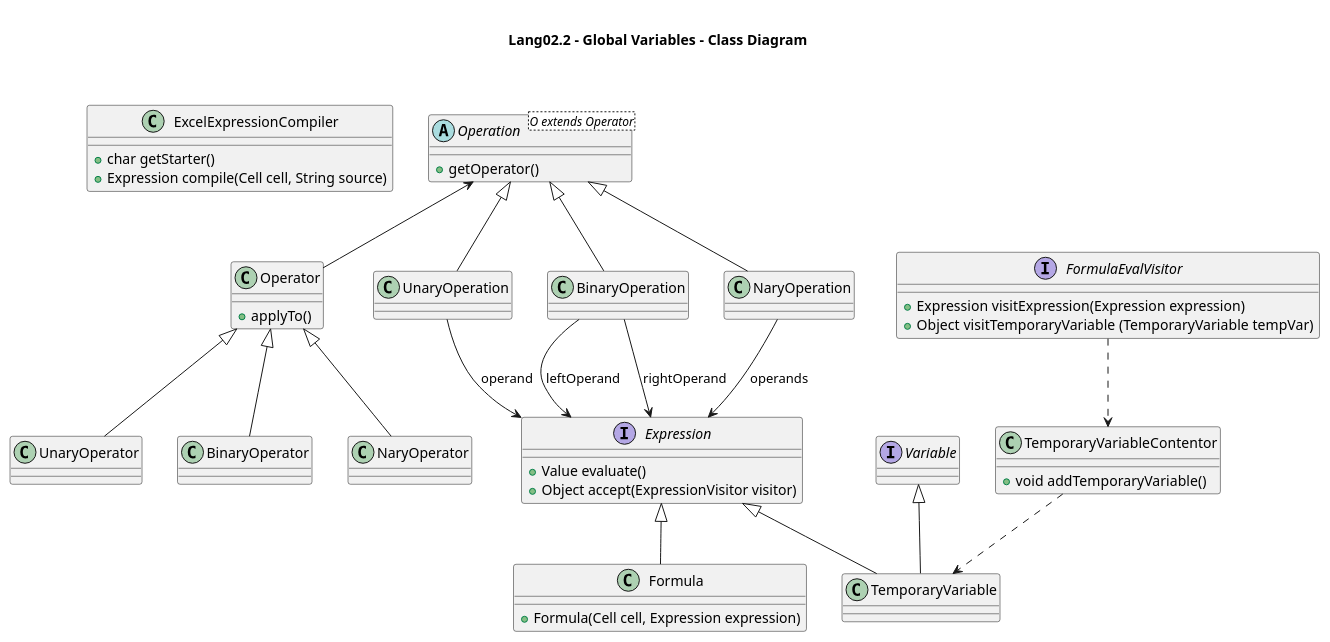
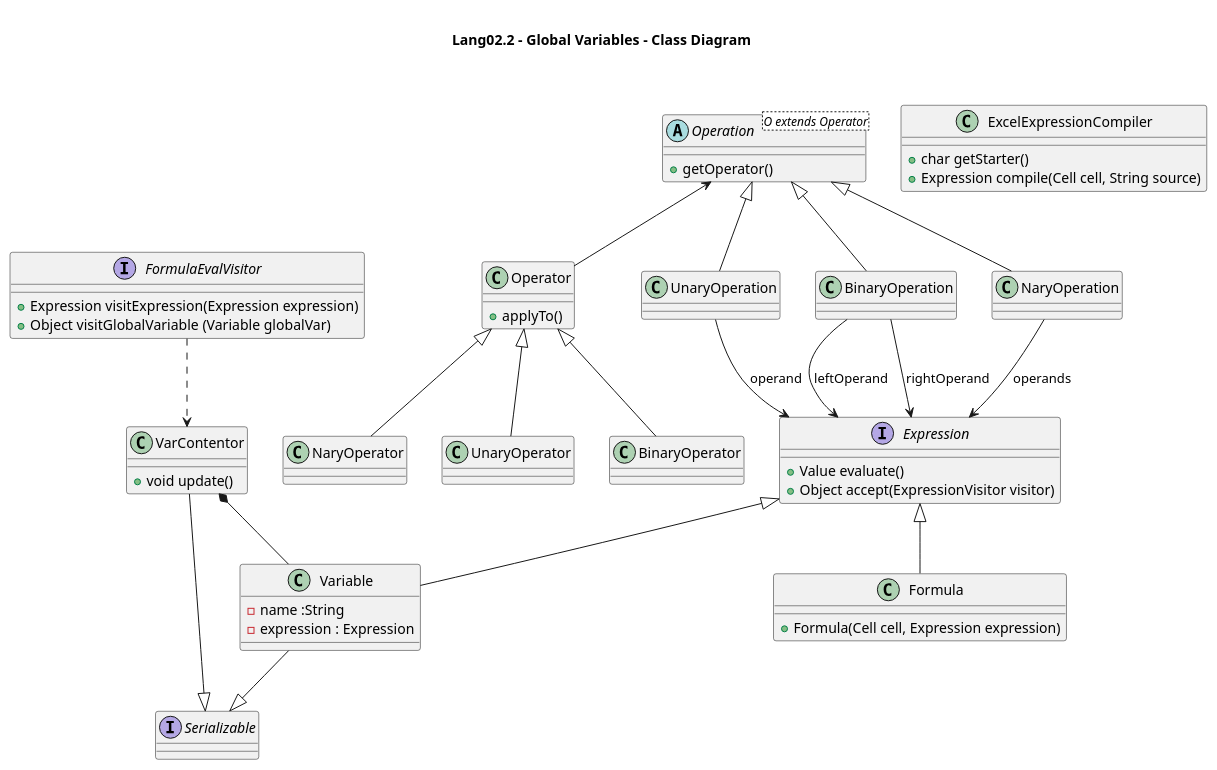
One commit to MikeTekOn/lapr4-2017-2dd changed the diagram in src/main/java/lapr4/red/s2/lang/n1150623/globalVariables/lang02_2_cd.puml. Above: the diagram before and after it, drawn with PlantUML. The commit also changed 5 other files, not shown here.

```diff
--- a/src/main/java/lapr4/red/s2/lang/n1150623/globalVariables/lang02_2_cd.puml
+++ b/src/main/java/lapr4/red/s2/lang/n1150623/globalVariables/lang02_2_cd.puml
@@ -1,66 +1,69 @@
 @startuml lang02.1_cd.png
 
 
 title \nLang02.2 - Global Variables - Class Diagram\n\n
 
+class Variable{
+ - name :String
+ - expression : Expression
+}
+
+interface Serializable{
+}
 
 class ExcelExpressionCompiler{
     +char getStarter()
     +Expression compile(Cell cell, String source)
 }
 
-class TemporaryVariableContentor{
-    +void addTemporaryVariable()
+class VarContentor{
+    +void update()
 }
 
 class Formula {
 	+Formula(Cell cell, Expression expression) 
 }
 interface Expression {
 	+Value evaluate()
 	+Object accept(ExpressionVisitor visitor)
 }
 
 interface Operator {
 }
 
-interface Variable{
-}
-
 class Operator {
     + applyTo()
 }
 
 abstract class Operation <O extends Operator> {
     + getOperator() 
 }
 
 interface FormulaEvalVisitor {
         +Expression visitExpression(Expression expression)
-	+Object visitTemporaryVariable (TemporaryVariable tempVar)
+	+Object visitGlobalVariable (Variable globalVar)
 }
 
 Expression <|-- Formula
-Expression <|-- TemporaryVariable
+Expression <|-- Variable
 
 Operation <|-- UnaryOperation
 Operation <|-- BinaryOperation
 Operation <|-- NaryOperation
 
 UnaryOperation --> Expression : operand
 BinaryOperation --> Expression : leftOperand
 BinaryOperation --> Expression : rightOperand
 NaryOperation --> Expression : operands
 
 Operator <|-- UnaryOperator
 Operator <|-- BinaryOperator
 Operator <|-- NaryOperator
 
-Variable <|-- TemporaryVariable
-
 Operation <-- Operator
 
-FormulaEvalVisitor ..> TemporaryVariableContentor
-TemporaryVariableContentor ..> TemporaryVariable
-
+FormulaEvalVisitor ..> VarContentor
+VarContentor *-- Variable
+Variable --|> Serializable
+VarContentor --|> Serializable
   @enduml
```
